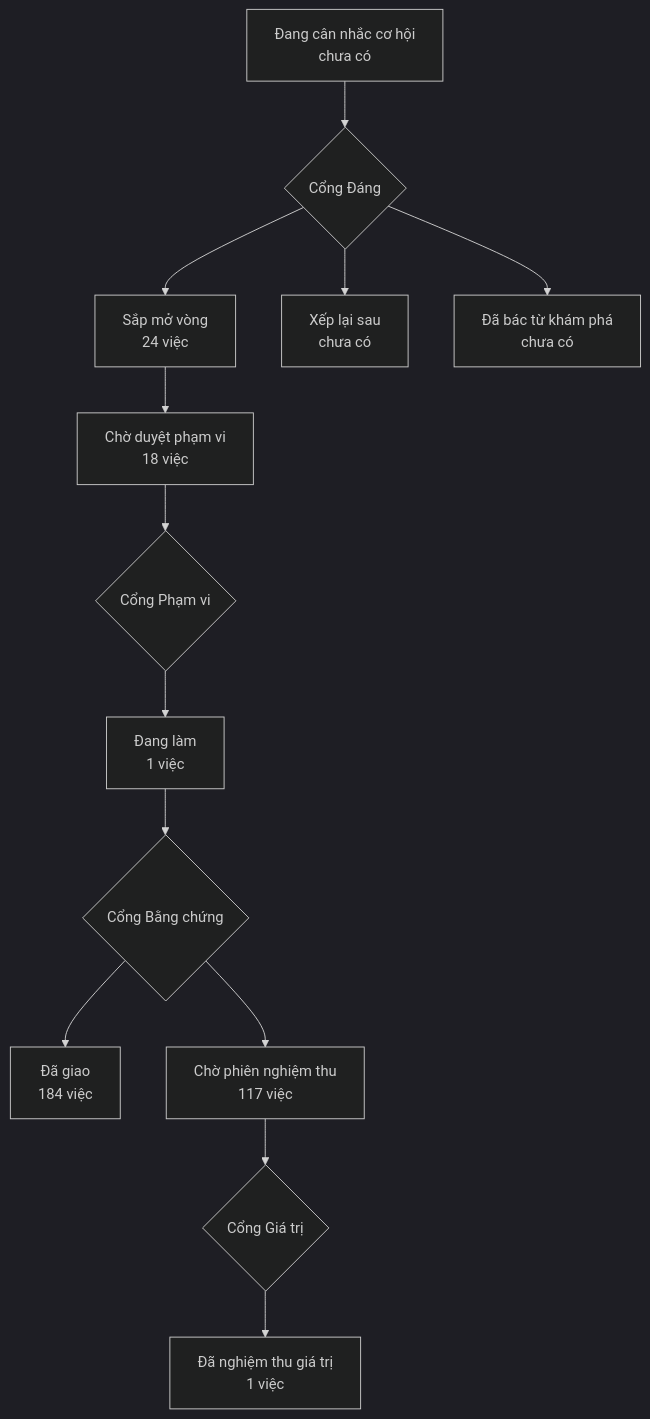
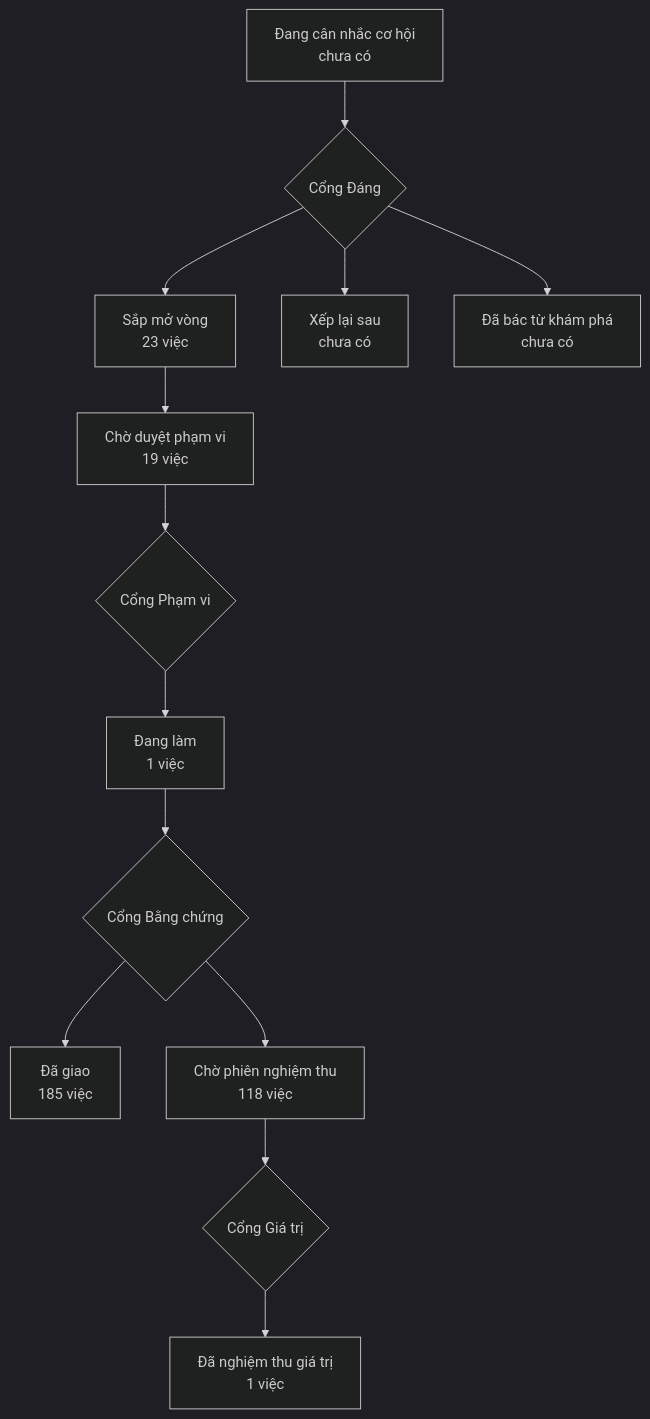
Before and after one commit to phanlemanh/onehub-invest: the diagram in PRODUCT-MAP.md, drawn with Mermaid (dark theme). The commit also changed other lines of this file and 1 other file, not shown here.

Commit message:
chore(map): vẽ lại bản đồ sau khi gộp main

````diff
--- a/PRODUCT-MAP.md
+++ b/PRODUCT-MAP.md
@@ -7,12 +7,12 @@
 ```mermaid
 flowchart TD
   A["Đang cân nhắc cơ hội<br/>chưa có"] --> GD{"Cổng Đáng"}
-  GD --> B["Sắp mở vòng<br/>24 việc"]
+  GD --> B["Sắp mở vòng<br/>23 việc"]
   GD --> XL["Xếp lại sau<br/>chưa có"]
   GD --> DB["Đã bác từ khám phá<br/>chưa có"]
-  B --> CD["Chờ duyệt phạm vi<br/>18 việc"] --> GP{"Cổng Phạm vi"}
+  B --> CD["Chờ duyệt phạm vi<br/>19 việc"] --> GP{"Cổng Phạm vi"}
   GP --> DL["Đang làm<br/>1 việc"] --> GB{"Cổng Bằng chứng"}
-  GB --> DG["Đã giao<br/>184 việc"]
-  GB --> CN["Chờ phiên nghiệm thu<br/>117 việc"] --> GG{"Cổng Giá trị"}
+  GB --> DG["Đã giao<br/>185 việc"]
+  GB --> CN["Chờ phiên nghiệm thu<br/>118 việc"] --> GG{"Cổng Giá trị"}
   GG --> NT["Đã nghiệm thu giá trị<br/>1 việc"]
 ```
````
